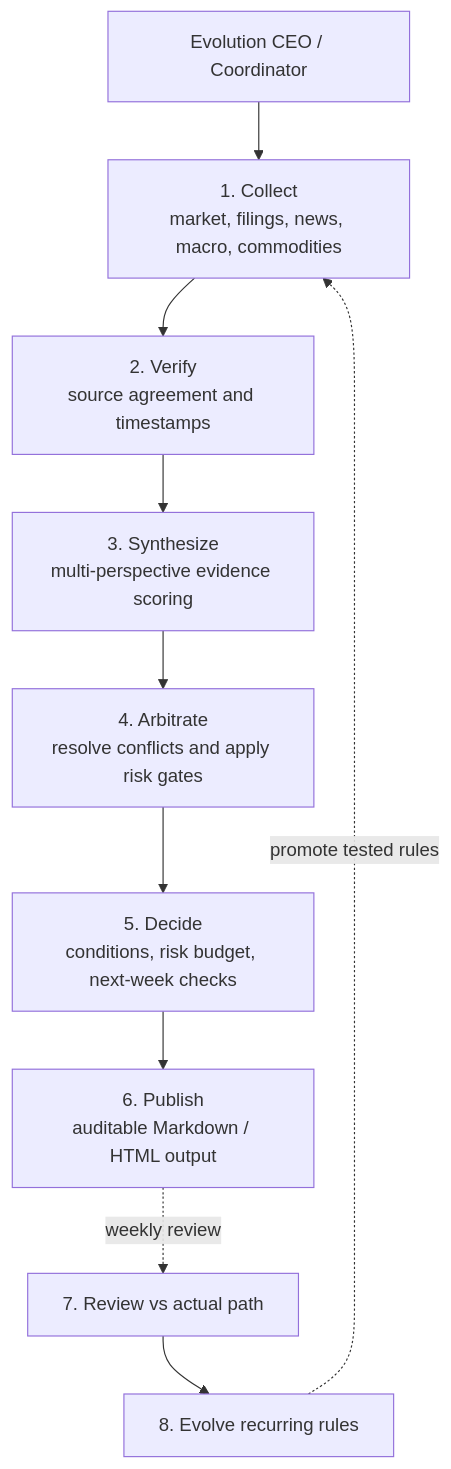
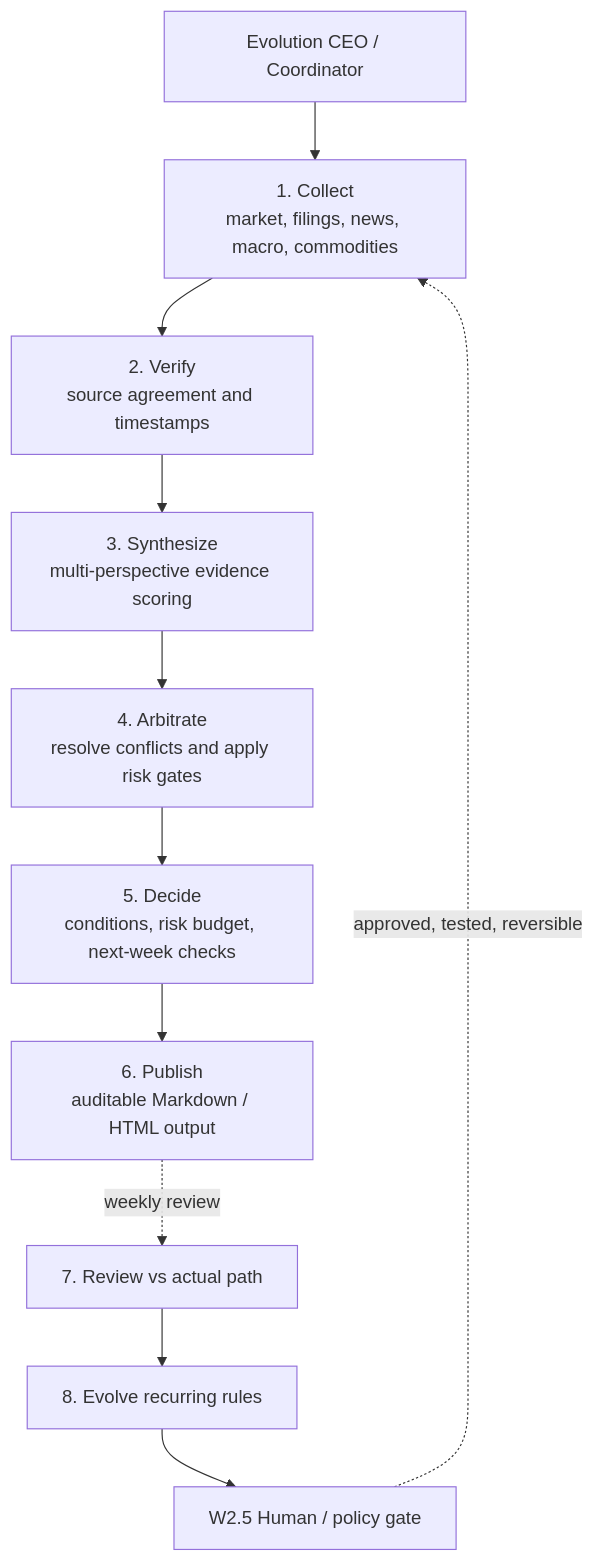
The diagram in docs/expert-team.md (marqosjiang-gif/A-Share-Antifragile-Trading-Loop), drawn with Mermaid before and after one commit. The commit also changed other lines of this file and 16 other files, not shown here.

````diff
--- a/docs/expert-team.md
+++ b/docs/expert-team.md
@@ -7,12 +7,13 @@
 ```mermaid
 flowchart TD
     CEO["Evolution CEO / Coordinator"] --> C1["1. Collect\nmarket, filings, news, macro, commodities"]
     C1 --> C2["2. Verify\nsource agreement and timestamps"]
     C2 --> C3["3. Synthesize\nmulti-perspective evidence scoring"]
     C3 --> C4["4. Arbitrate\nresolve conflicts and apply risk gates"]
     C4 --> C5["5. Decide\nconditions, risk budget, next-week checks"]
     C5 --> C6["6. Publish\nauditable Markdown / HTML output"]
     C6 -. "weekly review" .-> R["7. Review vs actual path"]
     R --> E["8. Evolve recurring rules"]
-    E -. "promote tested rules" .-> C1
+    E --> G["W2.5 Human / policy gate"]
+    G -. "approved, tested, reversible" .-> C1
 ```
````
